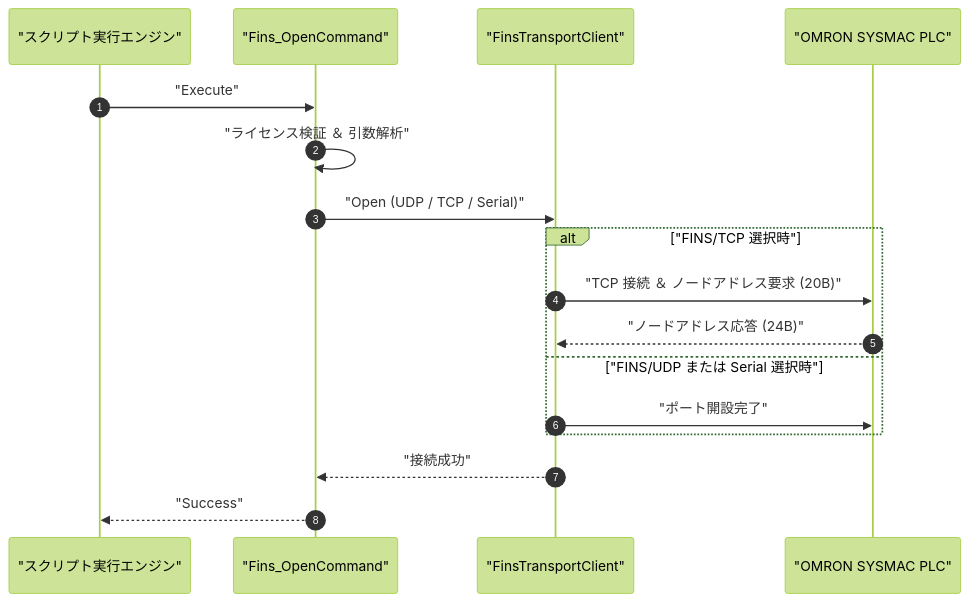
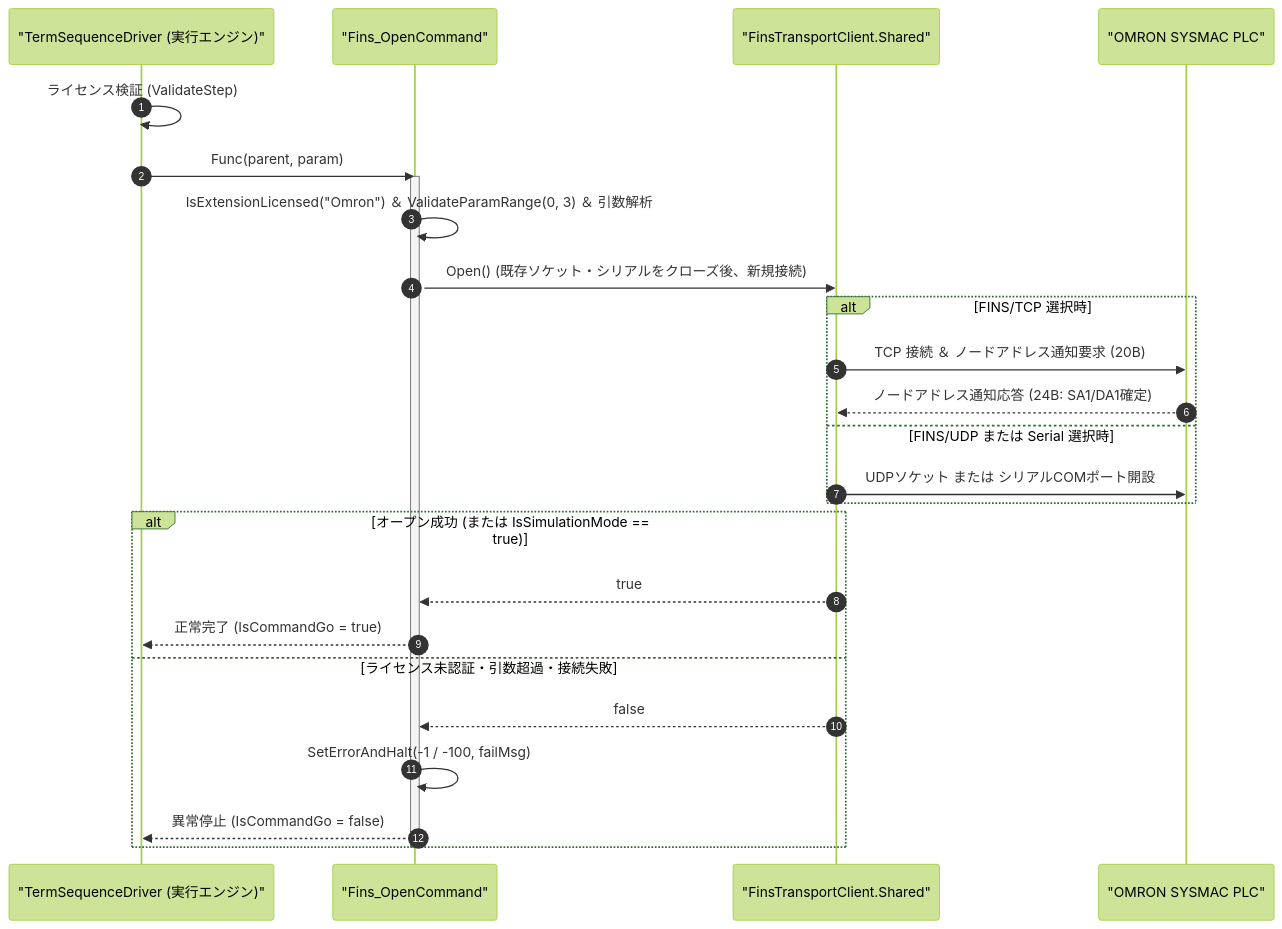
The diagram in Manual/Omron/Fins_Open.Md (Monaca-App/TermAddIn), drawn with Mermaid (forest theme) before and after one commit. The commit also changed other lines of this file and 157 other files, not shown here.

````diff
--- a/Manual/Omron/Fins_Open.Md
+++ b/Manual/Omron/Fins_Open.Md
@@ -67,20 +72,29 @@
 ```mermaid
 sequenceDiagram
     autonumber
-    participant Script as "スクリプト実行エンジン"
+    participant Driver as "TermSequenceDriver (実行エンジン)"
     participant Cmd as "Fins_OpenCommand"
-    participant Trans as "FinsTransportClient"
+    participant Trans as "FinsTransportClient.Shared"
     participant PLC as "OMRON SYSMAC PLC"
 
-    Script->>Cmd: "Execute"
-    Cmd->>Cmd: "ライセンス検証 ＆ 引数解析"
-    Cmd->>Trans: "Open (UDP / TCP / Serial)"
-    alt "FINS/TCP 選択時"
-        Trans->>PLC: "TCP 接続 ＆ ノードアドレス要求 (20B)"
-        PLC-->>Trans: "ノードアドレス応答 (24B)"
-    else "FINS/UDP または Serial 選択時"
-        Trans->>PLC: "ポート開設完了"
+    Driver->>Driver: ライセンス検証 (ValidateStep)
+    Driver->>Cmd: Func(parent, param)
+    activate Cmd
+    Cmd->>Cmd: IsExtensionLicensed("Omron") ＆ ValidateParamRange(0, 3) ＆ 引数解析
+    Cmd->>Trans: Open() (既存ソケット・シリアルをクローズ後、新規接続)
+    alt FINS/TCP 選択時
+        Trans->>PLC: TCP 接続 ＆ ノードアドレス通知要求 (20B)
+        PLC-->>Trans: ノードアドレス通知応答 (24B: SA1/DA1確定)
+    else FINS/UDP または Serial 選択時
+        Trans->>PLC: UDPソケット または シリアルCOMポート開設
     end
-    Trans-->>Cmd: "接続成功"
-    Cmd-->>Script: "Success"
+    alt オープン成功 (または IsSimulationMode == true)
+        Trans-->>Cmd: true
+        Cmd-->>Driver: 正常完了 (IsCommandGo = true)
+    else ライセンス未認証・引数超過・接続失敗
+        Trans-->>Cmd: false
+        Cmd->>Cmd: SetErrorAndHalt(-1 / -100, failMsg)
+        Cmd-->>Driver: 異常停止 (IsCommandGo = false)
+    end
+    deactivate Cmd
 ```
````
